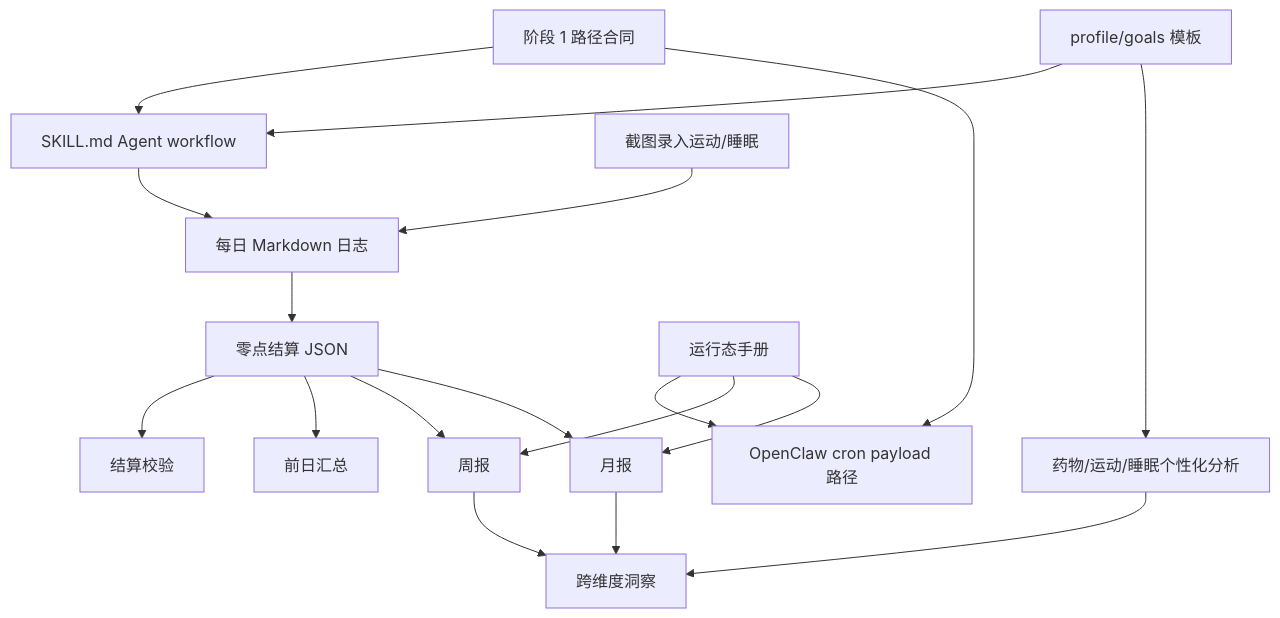
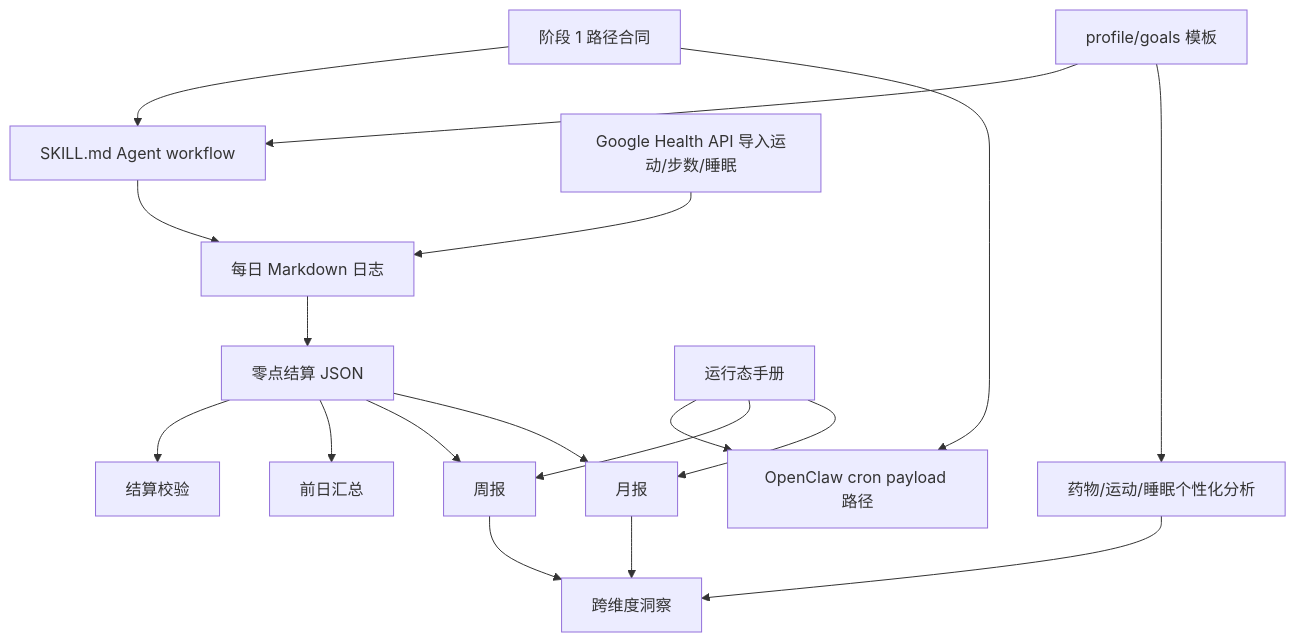
One commit to MochenRay/xiaoka-health-agent changed the diagram in plans/xiaoka-project-roadmap-checklist.md. Above: the diagram before and after it, drawn with Mermaid. The commit also changed other lines of this file and 16 other files, not shown here.

Commit message:
Replace screenshot-first device path with Google Health API

````diff
--- a/plans/xiaoka-project-roadmap-checklist.md
+++ b/plans/xiaoka-project-roadmap-checklist.md
@@ -150,20 +151,20 @@
 ```mermaid
 flowchart TD
   A["阶段 1 路径合同"] --> B["SKILL.md Agent workflow"]
   A --> C["OpenClaw cron payload 路径"]
   B --> D["每日 Markdown 日志"]
   D --> E["零点结算 JSON"]
   E --> F["结算校验"]
   E --> G["前日汇总"]
   E --> H["周报"]
   E --> I["月报"]
   H --> J["跨维度洞察"]
   I --> J
-  K["截图录入运动/睡眠"] --> D
+  K["Google Health API 导入运动/步数/睡眠"] --> D
   L["profile/goals 模板"] --> B
   L --> M["药物/运动/睡眠个性化分析"]
   M --> J
   N["运行态手册"] --> C
   N --> H
   N --> I
 ```
````
